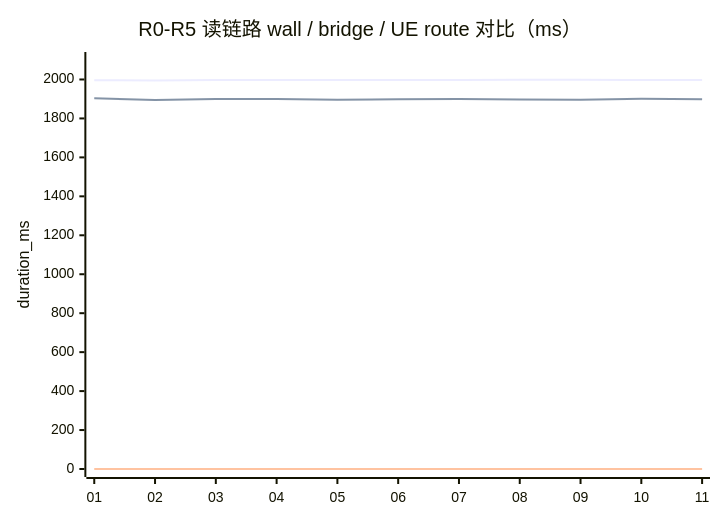
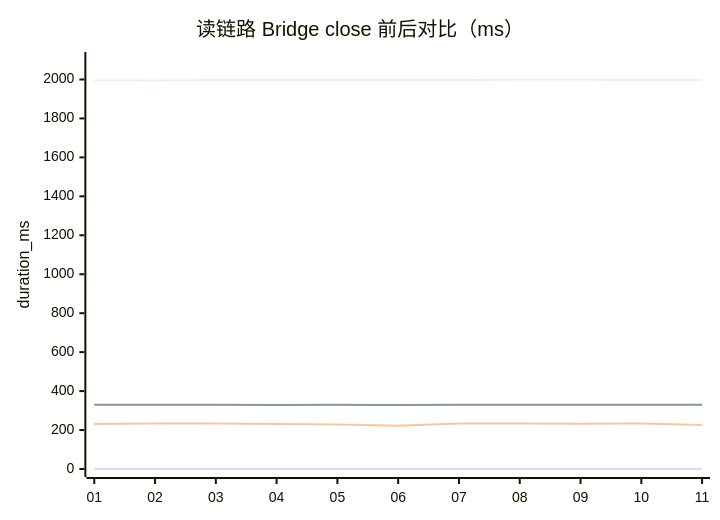
Before and after one commit to Fabr1c/BlueprintHelper: the fifth of 7 diagrams in BlueprintHelper/Develop/Plan/BlueprintHelper_v0.5.0_TaskSpecExecution_PerformanceOptimization_20260519_CN.md, drawn with Mermaid. The commit also changed other lines of this file and 1 other file, not shown here.

````diff
--- a/BlueprintHelper/Develop/Plan/BlueprintHelper_v0.5.0_TaskSpecExecution_PerformanceOptimization_20260519_CN.md
+++ b/BlueprintHelper/Develop/Plan/BlueprintHelper_v0.5.0_TaskSpecExecution_PerformanceOptimization_20260519_CN.md
@@ -1040,9 +1158,10 @@
 ```mermaid
 xychart
-    title "R0-R5 读链路 wall / bridge / UE route 对比（ms）"
+    title "读链路 Bridge close 前后对比（ms）"
     x-axis ["01", "02", "03", "04", "05", "06", "07", "08", "09", "10", "11"]
     y-axis "duration_ms" 0 --> 2100
     line [1996.511, 1994.332, 1997.072, 1997.176, 1997.291, 1997.269, 1996.882, 1998.409, 1998.450, 1996.921, 1997.659]
-    line [1903.994, 1894.589, 1900.322, 1899.983, 1895.692, 1898.036, 1899.797, 1896.734, 1896.113, 1900.529, 1898.527]
-    line [0.073, 0.401, 0.353, 0.435, 0.377, 0.378, 0.037, 0.037, 0.013, 0.079, 0.429]
+    line [329.275, 329.737, 329.322, 329.180, 329.531, 328.634, 329.793, 329.371, 329.346, 329.725, 330.013]
+    line [231.401, 233.020, 233.522, 231.465, 228.584, 222.467, 233.793, 233.725, 232.003, 233.474, 226.354]
+    line [0.096, 0.454, 0.366, 0.402, 0.371, 0.395, 0.041, 0.045, 0.016, 0.079, 0.403]
 ```
````
